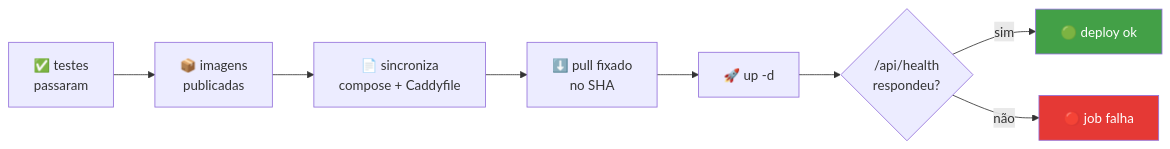
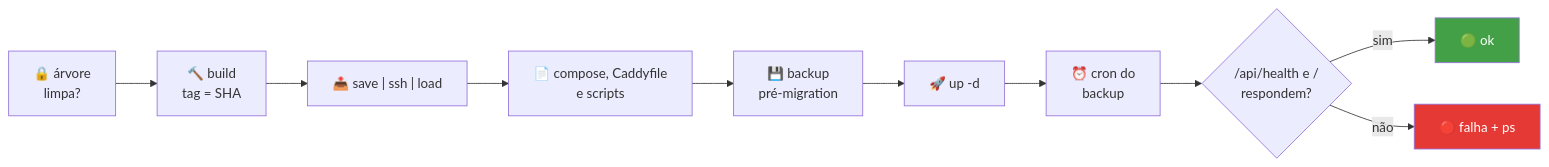
The fourth of 4 diagrams in docs/producao.md (caetasousa/agendaGo), drawn with Mermaid before and after one commit. The commit also changed other lines of this file and 5 other files, not shown here.

````diff
--- a/docs/producao.md
+++ b/docs/producao.md
@@ -486,13 +236,15 @@
 ```mermaid
 flowchart LR
-    A["✅ testes<br/>passaram"] --> B["📦 imagens<br/>publicadas"]
-    B --> C["📄 sincroniza<br/>compose + Caddyfile"]
-    C --> D["⬇️ pull fixado<br/>no SHA"]
-    D --> E["🚀 up -d"]
-    E --> F{"/api/health<br/>respondeu?"}
-    F -->|sim| G["🟢 deploy ok"]
-    F -->|não| H["🔴 job falha"]
+    A["🔒 árvore<br/>limpa?"] --> B["🔨 build<br/>tag = SHA"]
+    B --> C["📤 save | ssh | load"]
+    C --> D["📄 compose, Caddyfile<br/>e scripts"]
+    D --> E["💾 backup<br/>pré-migration"]
+    E --> F["🚀 up -d"]
+    F --> G["⏰ cron do<br/>backup"]
+    G --> H{"/api/health e /<br/>respondem?"}
+    H -->|sim| I["🟢 ok"]
+    H -->|não| J["🔴 falha + ps"]
 
-    style G fill:#43a047,color:#fff
-    style H fill:#e53935,color:#fff
+    style I fill:#43a047,color:#fff
+    style J fill:#e53935,color:#fff
 ```
````
